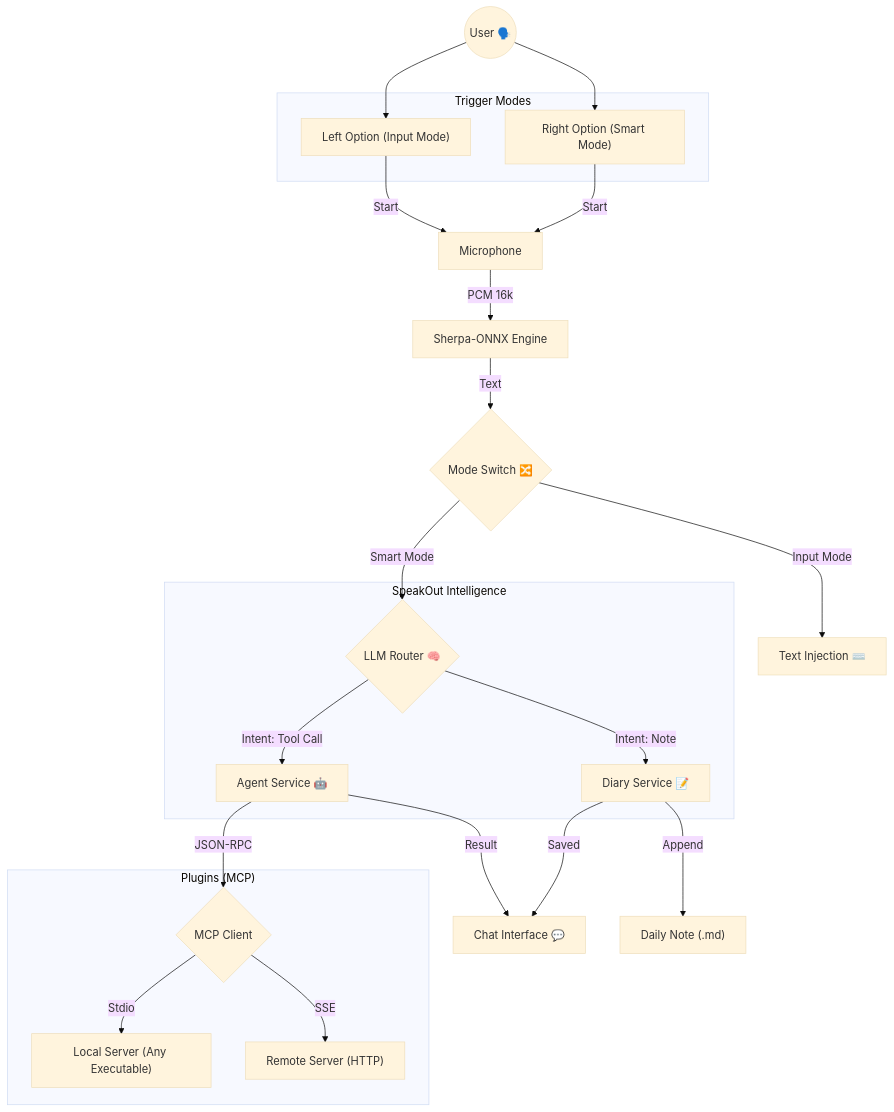
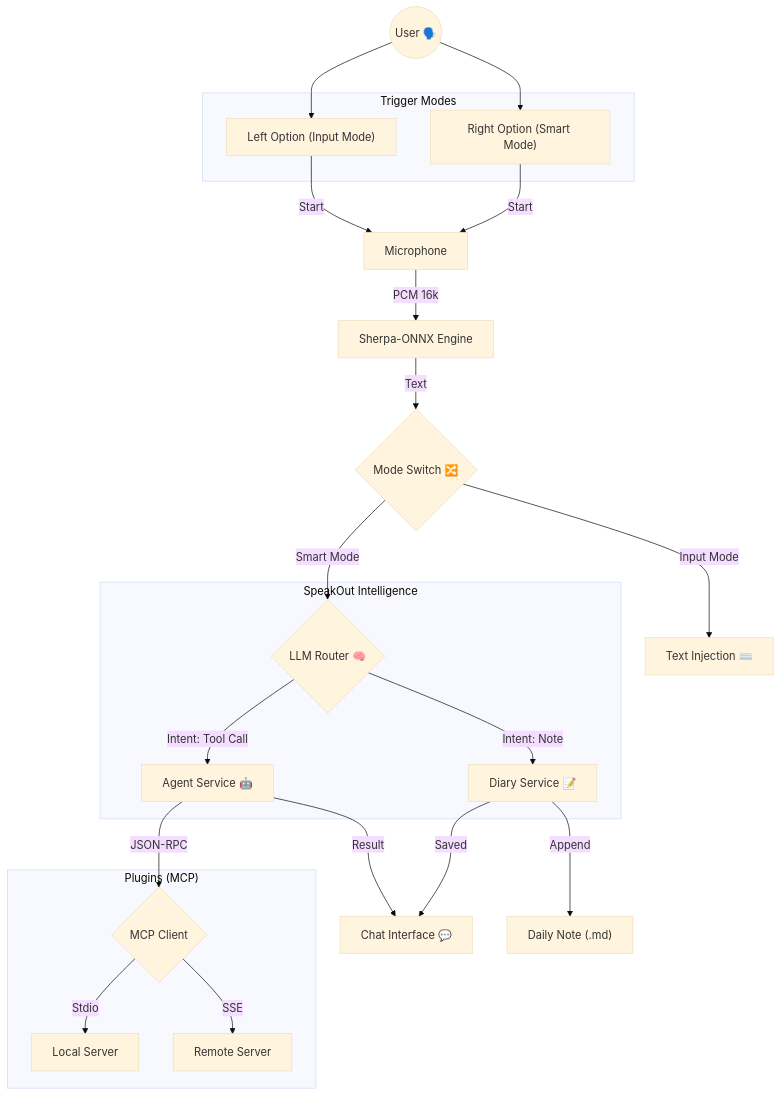
One commit to 4over7/SpeakOut changed the diagram in README.md. Above: the diagram before and after it, drawn with Mermaid (base theme).

Commit message:
Docs: Simplify MCP diagram labels

````diff
--- a/README.md
+++ b/README.md
@@ -159,38 +159,38 @@
 ```mermaid
 graph TD
     User(("User 🗣️")) 
     
     subgraph "Trigger Modes"
         InputKey["Left Option (Input Mode)"]
         SmartKey["Right Option (Smart Mode)"]
     end
 
     User --> InputKey
     User --> SmartKey
     
     InputKey -->|Start| Mic["Microphone"]
     SmartKey -->|Start| Mic
     
     Mic -->|PCM 16k| ASR["Sherpa-ONNX Engine"]
     ASR -->|Text| Switch{"Mode Switch 🔀"}
     
     Switch -->|"Input Mode"| Inject["Text Injection ⌨️"]
     
     Switch -->|"Smart Mode"| Router{"LLM Router 🧠"}
     
     subgraph "SpeakOut Intelligence"
         Router -->|"Intent: Tool Call"| Agent["Agent Service 🤖"]
         Router -->|"Intent: Note"| Diary["Diary Service 📝"]
     end
     
     Agent -->|Result| ChatUI["Chat Interface 💬"]
     Diary -->|Saved| ChatUI
     Diary -->|Append| MDFile["Daily Note (.md)"]
     
     Agent -->|JSON-RPC| MCP{MCP Client}
     
     subgraph "Plugins (MCP)"
-        MCP -->|Stdio| Local["Local Server (Any Executable)"]
-        MCP -->|SSE| Remote["Remote Server (HTTP)"]
+        MCP -->|Stdio| Local["Local Server"]
+        MCP -->|SSE| Remote["Remote Server"]
     end
 ```
````
